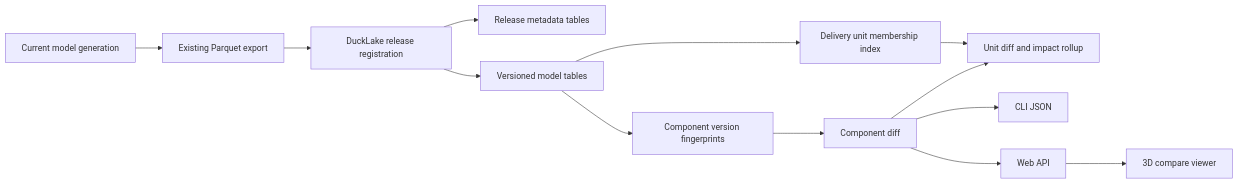
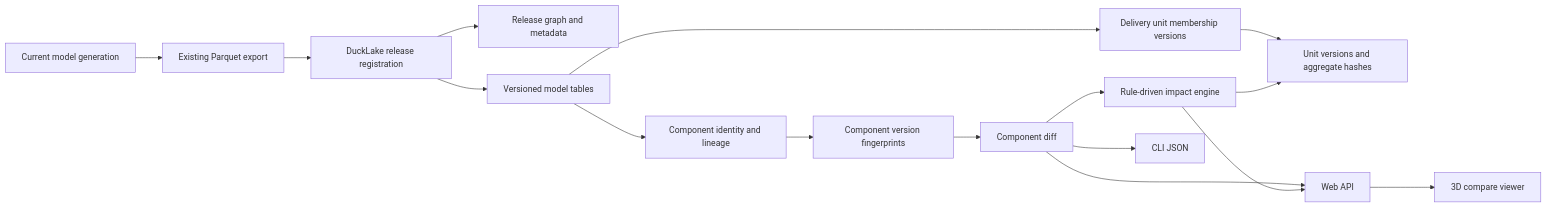
One commit to happyrust/plant-model-gen changed the diagram in .planning/2026-06-17-ducklake-valv-version-diff/task_plan.md. Above: the diagram before and after it, drawn with Mermaid. The commit also changed other lines of this file and 116 other files, not shown here.

Commit message:
feat: add model version release pipeline

````diff
--- a/.planning/2026-06-17-ducklake-valv-version-diff/task_plan.md
+++ b/.planning/2026-06-17-ducklake-valv-version-diff/task_plan.md
@@ -53,15 +70,18 @@
 ```mermaid
 flowchart LR
   A["Current model generation"] --> B["Existing Parquet export"]
   B --> C["DuckLake release registration"]
-  C --> D["Release metadata tables"]
+  C --> D["Release graph and metadata"]
   C --> E["Versioned model tables"]
-  E --> F["Delivery unit membership index"]
-  E --> G["Component version fingerprints"]
-  F --> H["Unit diff and impact rollup"]
-  G --> I["Component diff"]
-  I --> H
-  I --> J["CLI JSON"]
-  I --> K["Web API"]
-  K --> L["3D compare viewer"]
+  E --> F["Component identity and lineage"]
+  E --> G["Delivery unit membership versions"]
+  F --> H["Component version fingerprints"]
+  G --> I["Unit versions and aggregate hashes"]
+  H --> J["Component diff"]
+  J --> K["Rule-driven impact engine"]
+  K --> I
+  J --> L["CLI JSON"]
+  J --> M["Web API"]
+  K --> M
+  M --> N["3D compare viewer"]
 ```
````
